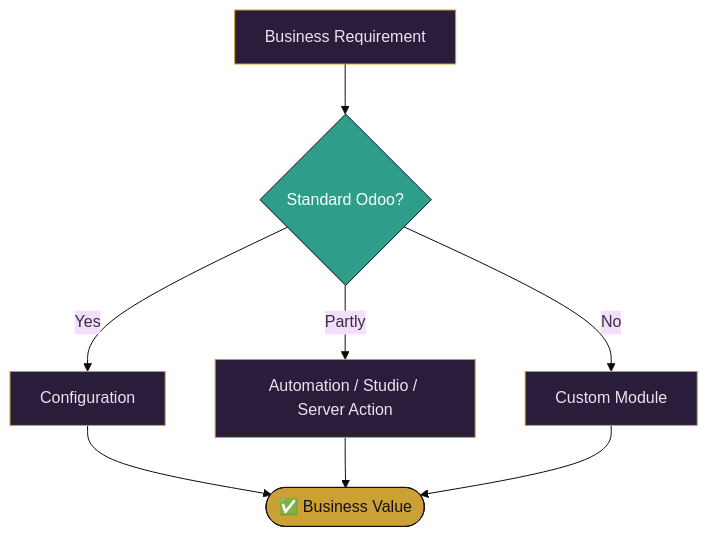
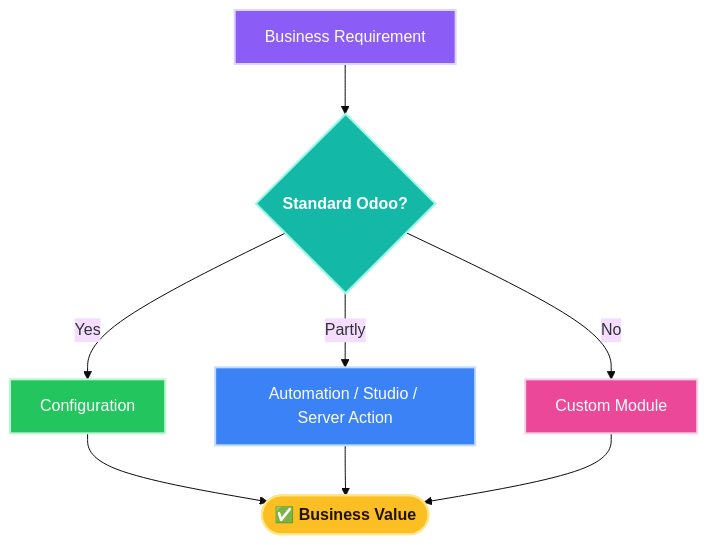
The second of 6 diagrams in README.md (NoohSD/NoohSD), drawn with Mermaid before and after one commit. The commit also changed other lines of this file, not shown here.

````diff
--- a/README.md
+++ b/README.md
@@ -98,17 +106,23 @@
 ```mermaid
 %%{init: {'theme':'base'}}%%
 flowchart TD
     R[Business Requirement] --> S{Standard Odoo?}
     S -->|Yes| C[Configuration]
     S -->|Partly| W[Automation / Studio / Server Action]
     S -->|No| X[Custom Module]
     C --> V([✅ Business Value])
     W --> V
     X --> V
-    classDef q fill:#2E9E8B,color:#fff,stroke:#150F1E
-    classDef v fill:#CBA135,color:#150F1E,stroke:#150F1E
-    classDef n fill:#291D3B,color:#E9E4EE,stroke:#CBA135
+    classDef q fill:#14B8A6,color:#FFFFFF,stroke:#99F6E4,stroke-width:2px,font-weight:bold
+    classDef v fill:#FBBF24,color:#1F1300,stroke:#FDE68A,stroke-width:2px,font-weight:bold
+    classDef r fill:#8B5CF6,color:#FFFFFF,stroke:#DDD6FE,stroke-width:2px
+    classDef c fill:#22C55E,color:#FFFFFF,stroke:#BBF7D0,stroke-width:2px
+    classDef w fill:#3B82F6,color:#FFFFFF,stroke:#BFDBFE,stroke-width:2px
+    classDef x fill:#EC4899,color:#FFFFFF,stroke:#FBCFE8,stroke-width:2px
     class S q
     class V v
-    class R,C,W,X n
+    class R r
+    class C c
+    class W w
+    class X x
 ```
````
